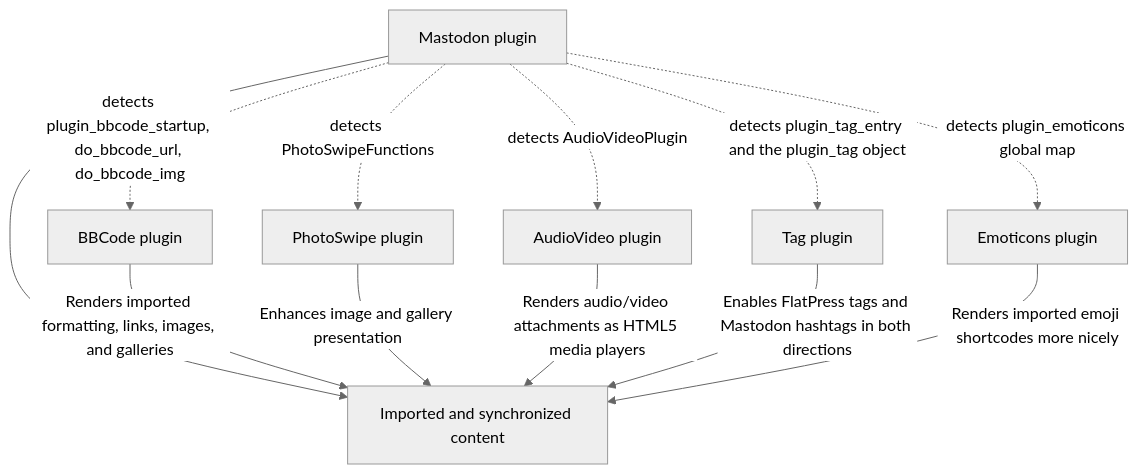
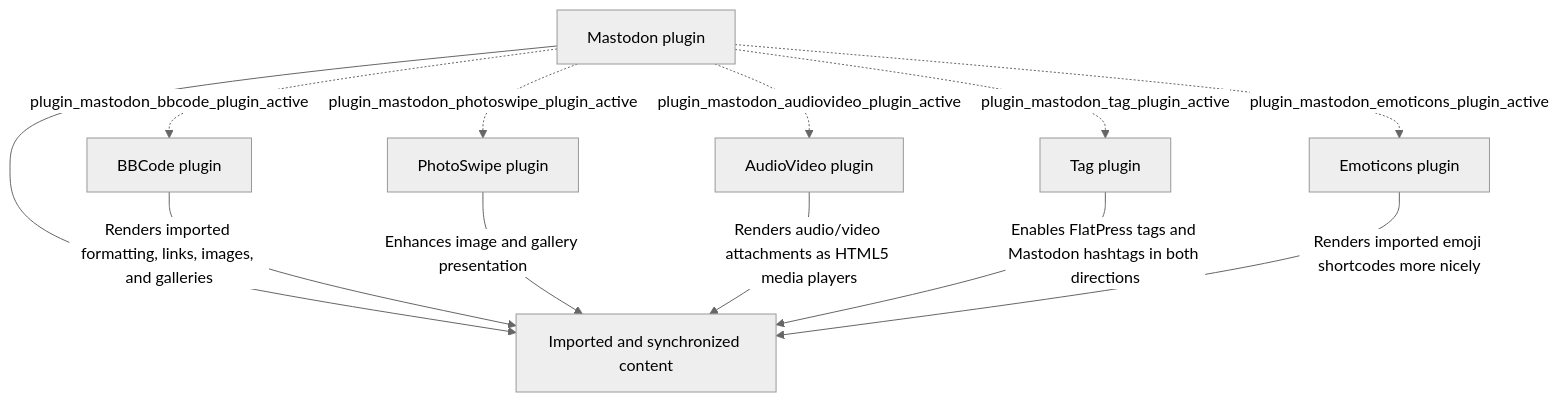
One commit to flatpressblog/flatpress changed diagram 17 of 32 in fp-plugins/mastodon/Plugin-Process-Flow.md. Above: the diagram before and after it, drawn with Mermaid (neutral theme). The commit also changed other lines of this file and 4 other files, not shown here.

````diff
--- a/fp-plugins/mastodon/Plugin-Process-Flow.md
+++ b/fp-plugins/mastodon/Plugin-Process-Flow.md
@@ -329,24 +575,24 @@
 ```mermaid
 flowchart TD
     MastodonPlugin["Mastodon plugin"]
     ImportedContent["Imported and synchronized content"]
     BBCode["BBCode plugin"]
     PhotoSwipe["PhotoSwipe plugin"]
     AudioVideo["AudioVideo plugin"]
     Tag["Tag plugin"]
     Emoticons["Emoticons plugin"]
 
     MastodonPlugin --> ImportedContent
 
     BBCode -->|"Renders imported formatting, links, images, and galleries"| ImportedContent
     PhotoSwipe -->|"Enhances image and gallery presentation"| ImportedContent
     AudioVideo -->|"Renders audio/video attachments as HTML5 media players"| ImportedContent
     Tag -->|"Enables FlatPress tags and Mastodon hashtags in both directions"| ImportedContent
     Emoticons -->|"Renders imported emoji shortcodes more nicely"| ImportedContent
 
-    MastodonPlugin -. "detects plugin_bbcode_startup, do_bbcode_url, do_bbcode_img" .-> BBCode
-    MastodonPlugin -. "detects PhotoSwipeFunctions" .-> PhotoSwipe
-    MastodonPlugin -. "detects AudioVideoPlugin" .-> AudioVideo
-    MastodonPlugin -. "detects plugin_tag_entry and the plugin_tag object" .-> Tag
-    MastodonPlugin -. "detects plugin_emoticons global map" .-> Emoticons
+    MastodonPlugin -. "plugin_mastodon_bbcode_plugin_active" .-> BBCode
+    MastodonPlugin -. "plugin_mastodon_photoswipe_plugin_active" .-> PhotoSwipe
+    MastodonPlugin -. "plugin_mastodon_audiovideo_plugin_active" .-> AudioVideo
+    MastodonPlugin -. "plugin_mastodon_tag_plugin_active" .-> Tag
+    MastodonPlugin -. "plugin_mastodon_emoticons_plugin_active" .-> Emoticons
 ```
````
